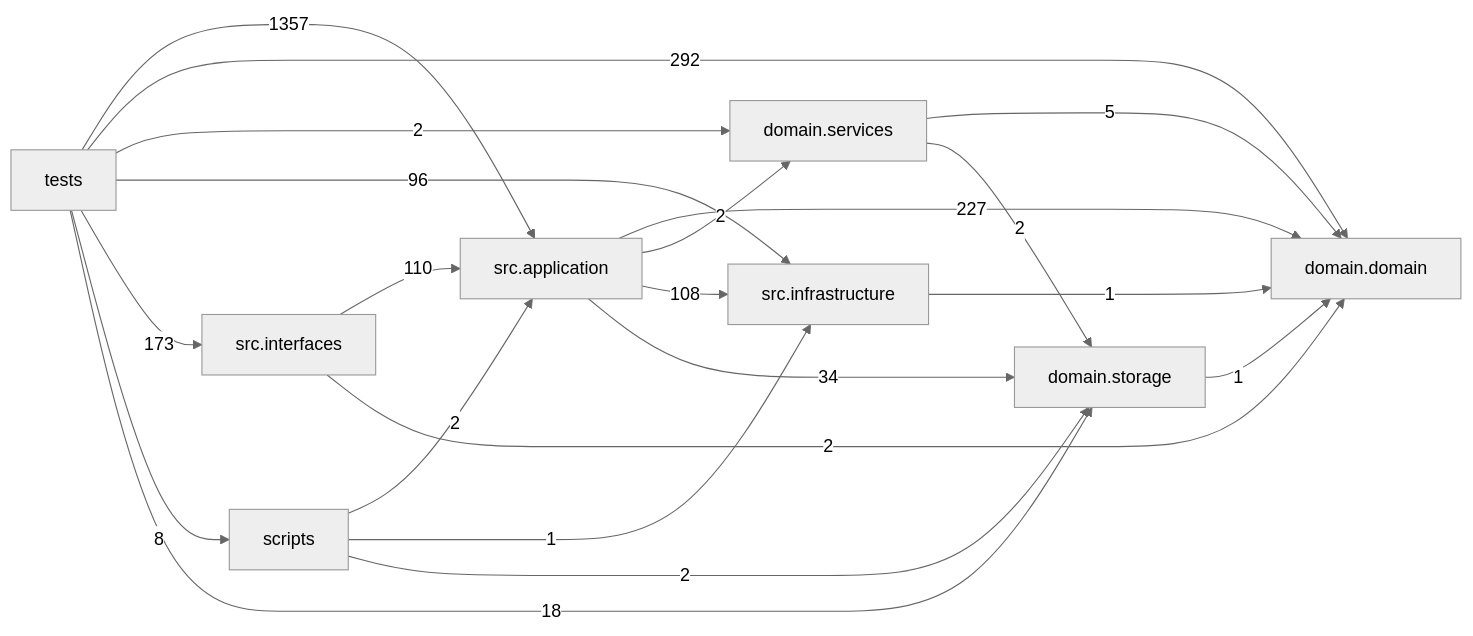
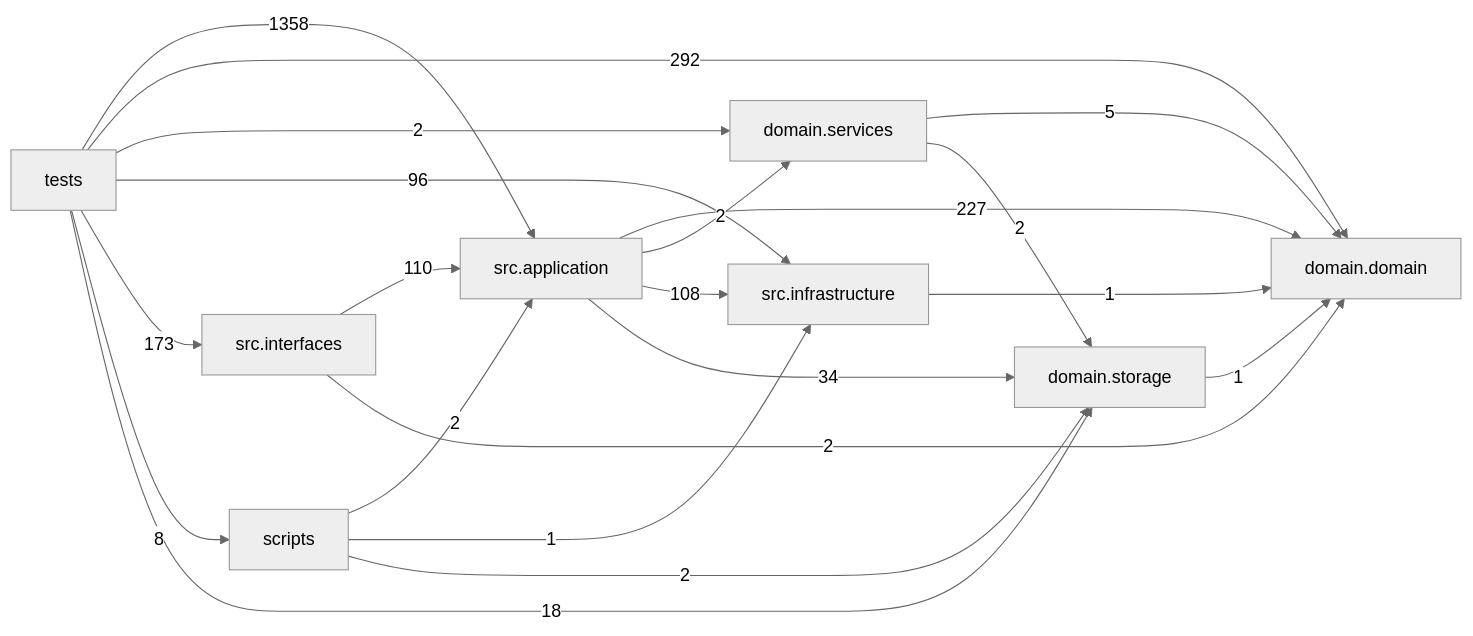
The diagram in docs/DEPENDENCY_GRAPH.md (liuxie066/options-monitor), drawn with Mermaid (neutral theme) before and after one commit. The commit also changed other lines of this file and 2 other files, not shown here.

````diff
--- a/docs/DEPENDENCY_GRAPH.md
+++ b/docs/DEPENDENCY_GRAPH.md
@@ -24,31 +24,31 @@
 ```mermaid
 flowchart LR
   tests["tests"]
   scripts["scripts"]
   interfaces["src.interfaces"]
   application["src.application"]
   infrastructure["src.infrastructure"]
   domain_services["domain.services"]
   domain["domain.domain"]
   storage["domain.storage"]
   application -->|227| domain
   application -->|2| domain_services
   application -->|108| infrastructure
   application -->|34| storage
   domain_services -->|5| domain
   domain_services -->|2| storage
   infrastructure -->|1| domain
   interfaces -->|110| application
   interfaces -->|2| domain
   scripts -->|2| application
   scripts -->|1| infrastructure
   scripts -->|2| storage
   storage -->|1| domain
-  tests -->|1357| application
+  tests -->|1358| application
   tests -->|292| domain
   tests -->|2| domain_services
   tests -->|96| infrastructure
   tests -->|173| interfaces
   tests -->|8| scripts
   tests -->|18| storage
 ```
````
